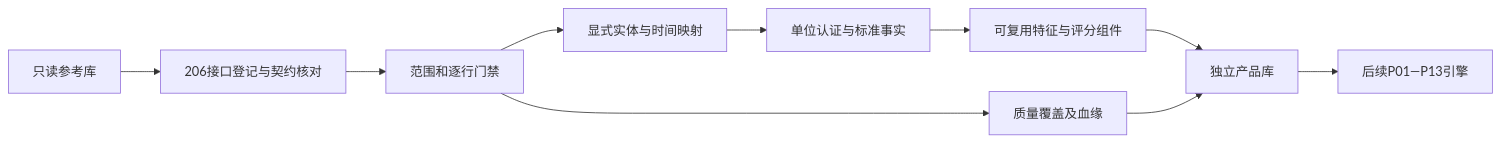
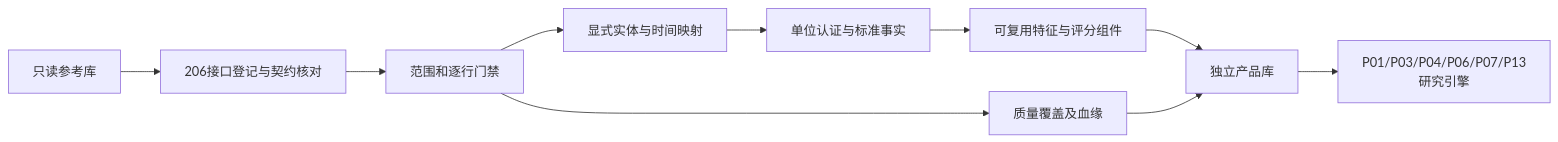
Before and after one commit to songyaolun/tushare-15000-data-platform: the diagram in docs/产品加工基础层.md, drawn with Mermaid. The commit also changed other lines of this file and 32 other files, not shown here.

````diff
--- a/docs/产品加工基础层.md
+++ b/docs/产品加工基础层.md
@@ -9,12 +9,12 @@
 ```mermaid
 flowchart LR
     A[只读参考库] --> B[206接口登记与契约核对]
     B --> C[范围和逐行门禁]
     C --> D[显式实体与时间映射]
     D --> E[单位认证与标准事实]
     E --> F[可复用特征与评分组件]
     C --> G[质量覆盖及血缘]
     F --> H[独立产品库]
     G --> H
-    H --> I[后续P01—P13引擎]
+    H --> I[P01/P03/P04/P06/P07/P13研究引擎]
 ```
````
